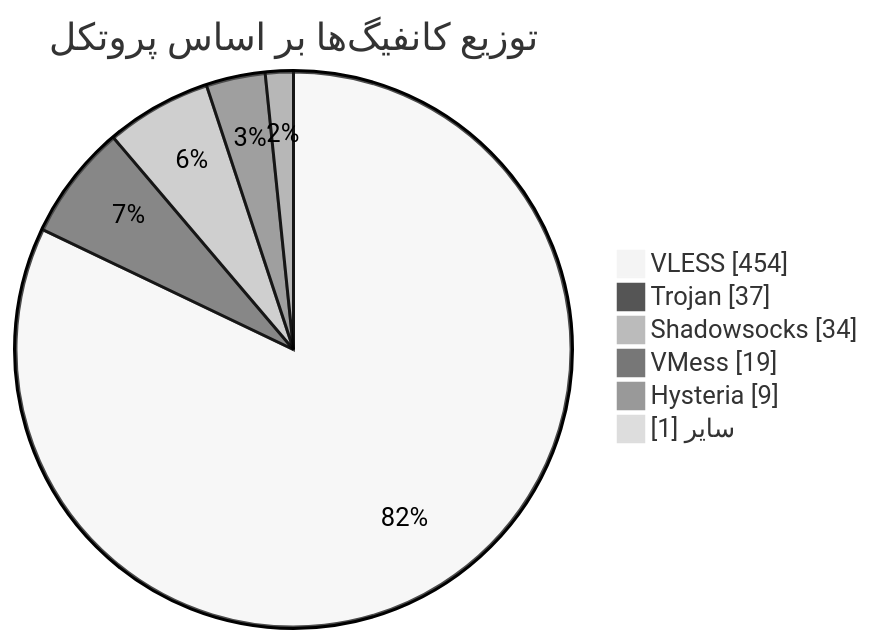
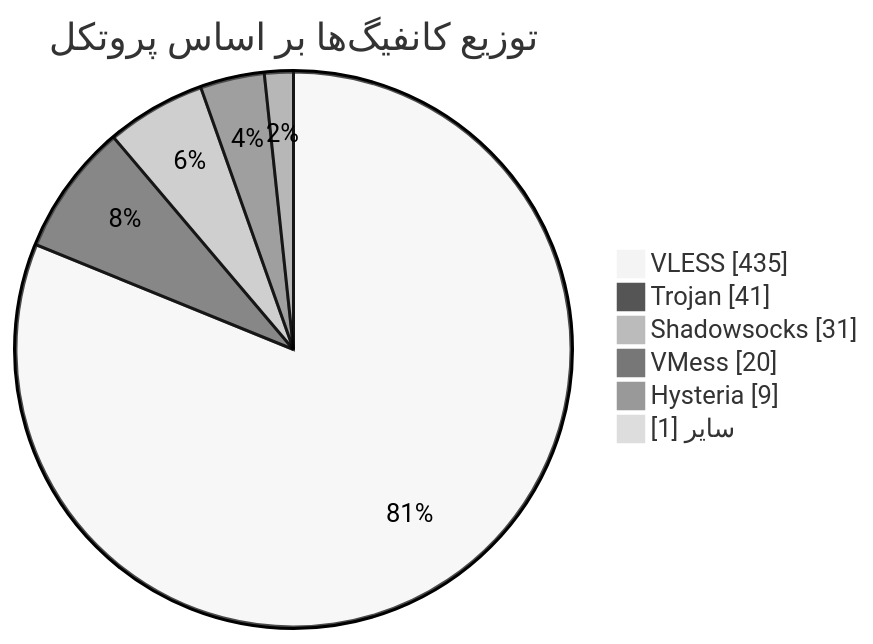
The diagram in README.md (Arian-Alijani/Somthing), drawn with Mermaid (neutral theme) before and after one commit. The commit also changed other lines of this file and 91 other files, not shown here.

````diff
--- a/README.md
+++ b/README.md
@@ -48,10 +48,10 @@
 ```mermaid
 pie showData
     title توزیع کانفیگ‌ها بر اساس پروتکل
-    "VLESS" : 454
-    "Trojan" : 37
-    "Shadowsocks" : 34
-    "VMess" : 19
+    "VLESS" : 435
+    "Trojan" : 41
+    "Shadowsocks" : 31
+    "VMess" : 20
     "Hysteria" : 9
     "سایر" : 1
 ```
````
